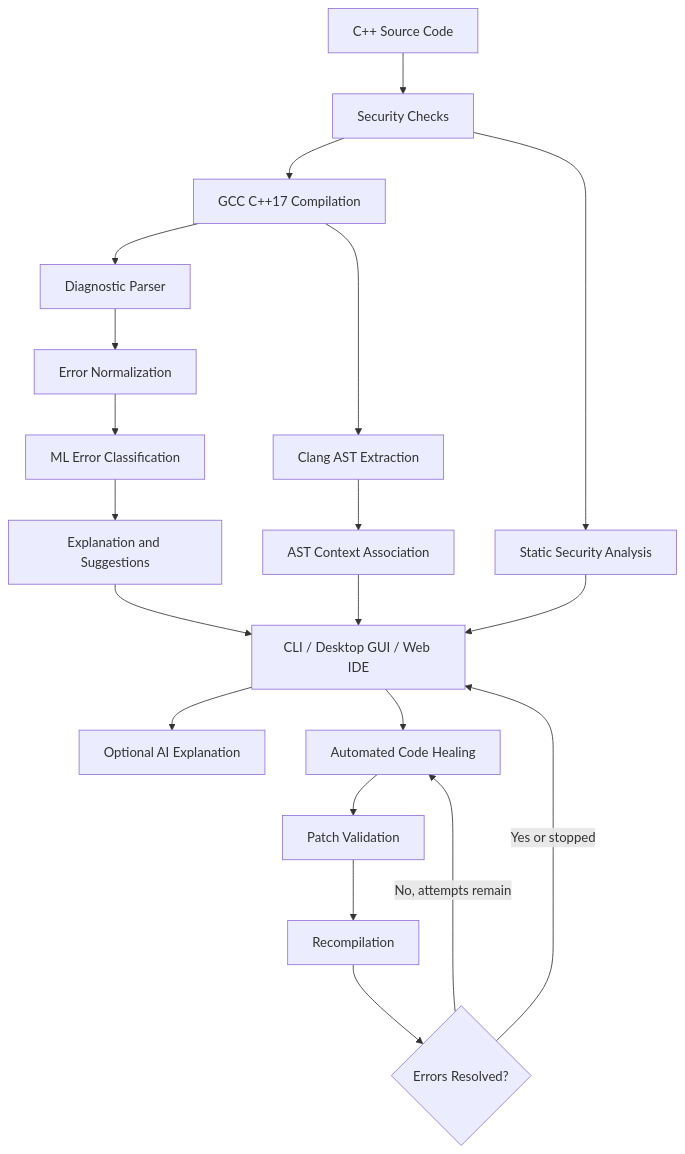
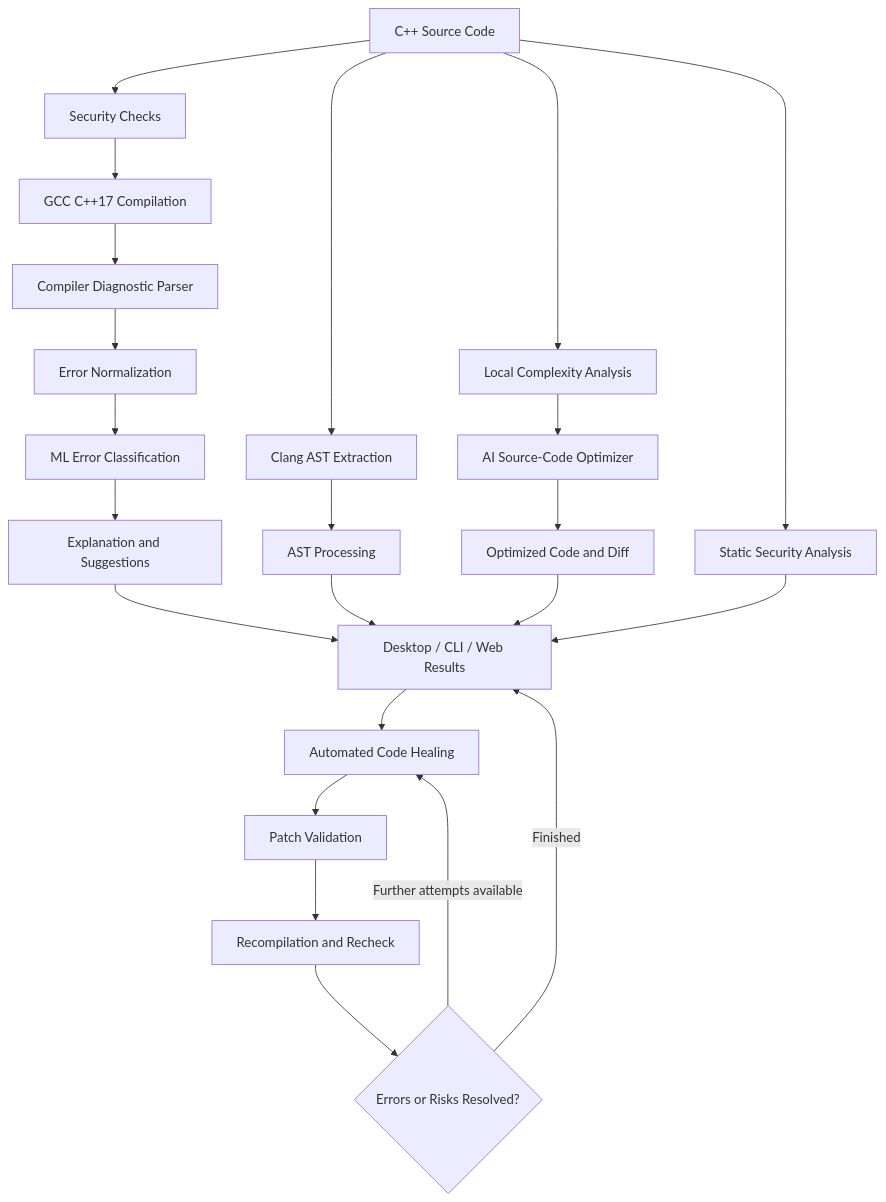
The diagram in README.md (thrishi1011/compiler-error-explanation-ast-nlp), drawn with Mermaid before and after one commit. The commit also changed other lines of this file, not shown here.

````diff
--- a/README.md
+++ b/README.md
@@ -130,22 +312,29 @@
 ```mermaid
 flowchart TD
     A["C++ Source Code"] --> B["Security Checks"]
     B --> C["GCC C++17 Compilation"]
-    C --> D["Diagnostic Parser"]
+    C --> D["Compiler Diagnostic Parser"]
     D --> E["Error Normalization"]
     E --> F["ML Error Classification"]
     F --> G["Explanation and Suggestions"]
-    C --> H["Clang AST Extraction"]
-    H --> I["AST Context Association"]
-    B --> J["Static Security Analysis"]
-    G --> K["CLI / Desktop GUI / Web IDE"]
-    I --> K
-    J --> K
-    K --> L["Optional AI Explanation"]
-    K --> M["Automated Code Healing"]
-    M --> N["Patch Validation"]
-    N --> O["Recompilation"]
-    O --> P{"Errors Resolved?"}
-    P -- "No, attempts remain" --> M
-    P -- "Yes or stopped" --> K
+
+    A --> H["Clang AST Extraction"]
+    H --> I["AST Processing"]
+
+    A --> J["Local Complexity Analysis"]
+    J --> K["AI Source-Code Optimizer"]
+    K --> L["Optimized Code and Diff"]
+
+    A --> M["Static Security Analysis"]
+    G --> N["Desktop / CLI / Web Results"]
+    I --> N
+    L --> N
+    M --> N
+
+    N --> O["Automated Code Healing"]
+    O --> P["Patch Validation"]
+    P --> Q["Recompilation and Recheck"]
+    Q --> R{"Errors or Risks Resolved?"}
+    R -- "Further attempts available" --> O
+    R -- "Finished" --> N
 ```
````
